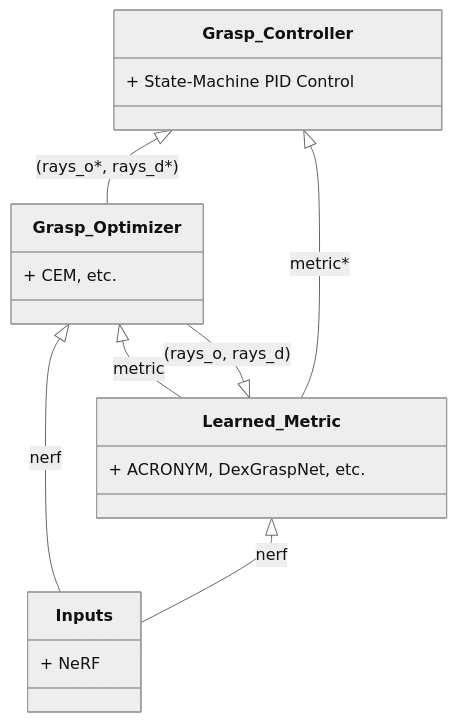
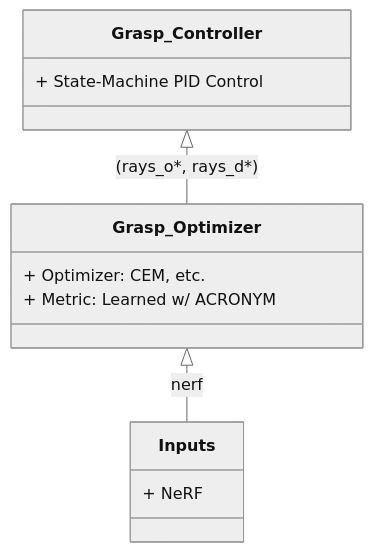
The third of 5 diagrams in README.md (tylerlum/nerf_grasping), drawn with Mermaid (neutral theme) before and after one commit. The commit also changed other lines of this file, not shown here.

````diff
--- a/README.md
+++ b/README.md
@@ -64,24 +48,16 @@
 ```mermaid
 classDiagram
     Grasp_Optimizer <|-- Inputs: nerf
-    Learned_Metric <|-- Inputs: nerf
-
-    Learned_Metric <|-- Grasp_Optimizer: (rays_o, rays_d)
-
     Grasp_Controller <|-- Grasp_Optimizer: (rays_o*, rays_d*)
-    Grasp_Optimizer <|-- Learned_Metric: metric
-    Grasp_Controller <|-- Learned_Metric: metric*
 
     class Grasp_Controller{
       + State-Machine PID Control
     }
-    class Learned_Metric{
-      + ACRONYM, DexGraspNet, etc.
-    }
     class Grasp_Optimizer{
-      + CEM, etc.
+      + Optimizer: CEM, etc.
+      + Metric: Learned w/ ACRONYM
     }
     class Inputs{
       + NeRF
     }
 ```
````
